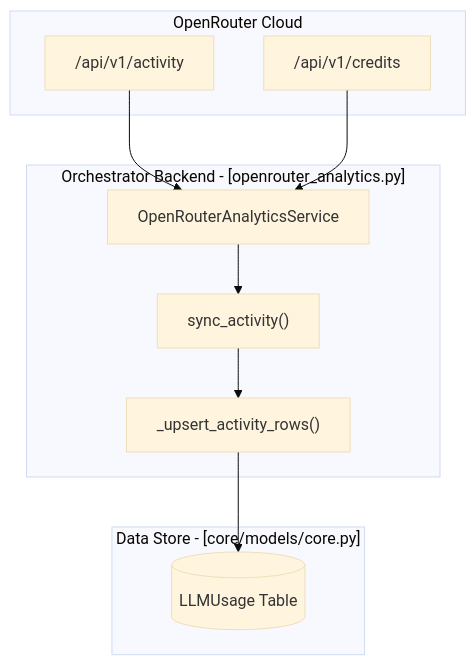
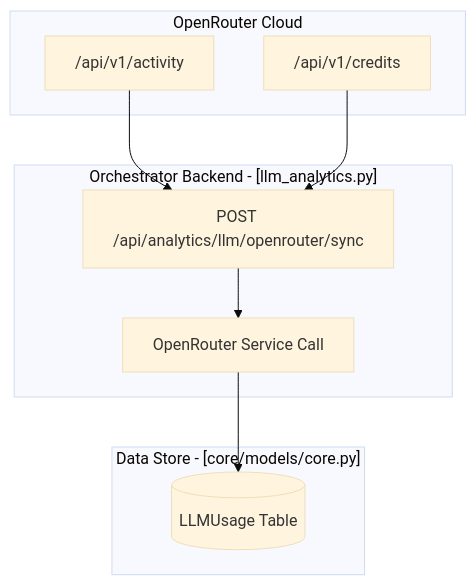
The third of 3 diagrams in docs/analytics-monitoring/cost-analytics.md (AutomatosAI/automatos-ai), drawn with Mermaid (base theme) before and after one commit. The commit also changed other lines of this file and 191 other files, not shown here.

````diff
--- a/docs/analytics-monitoring/cost-analytics.md
+++ b/docs/analytics-monitoring/cost-analytics.md
@@ -184,23 +176,21 @@
 ```mermaid
 graph TB
     subgraph "OpenRouter Cloud"
         OR_Activity["/api/v1/activity"]
         OR_Credits["/api/v1/credits"]
     end
 
-    subgraph "Orchestrator Backend - [openrouter_analytics.py]"
-        OR_Service["OpenRouterAnalyticsService"]
-        SyncTask["sync_activity()"]
-        DB_Upsert["_upsert_activity_rows()"]
+    subgraph "Orchestrator Backend - [llm_analytics.py]"
+        SyncRouter["POST /api/analytics/llm/openrouter/sync"]
+        OR_Service["OpenRouter Service Call"]
     end
 
     subgraph "Data Store - [core/models/core.py]"
         UsageTable[("LLMUsage Table")]
     end
 
-    OR_Activity --> OR_Service
-    OR_Service --> SyncTask
-    SyncTask --> DB_Upsert
-    DB_Upsert --> UsageTable
-    OR_Credits --> OR_Service
+    OR_Activity --> SyncRouter
+    SyncRouter --> OR_Service
+    OR_Service --> UsageTable
+    OR_Credits --> SyncRouter
 ```
````
